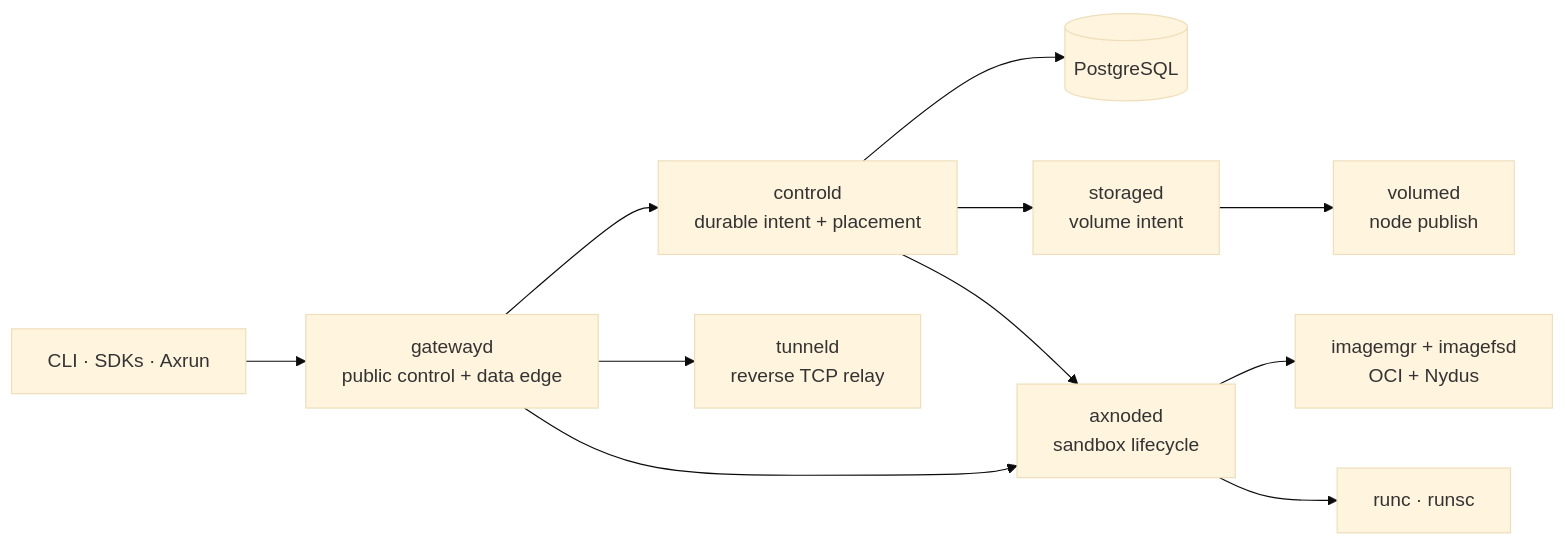
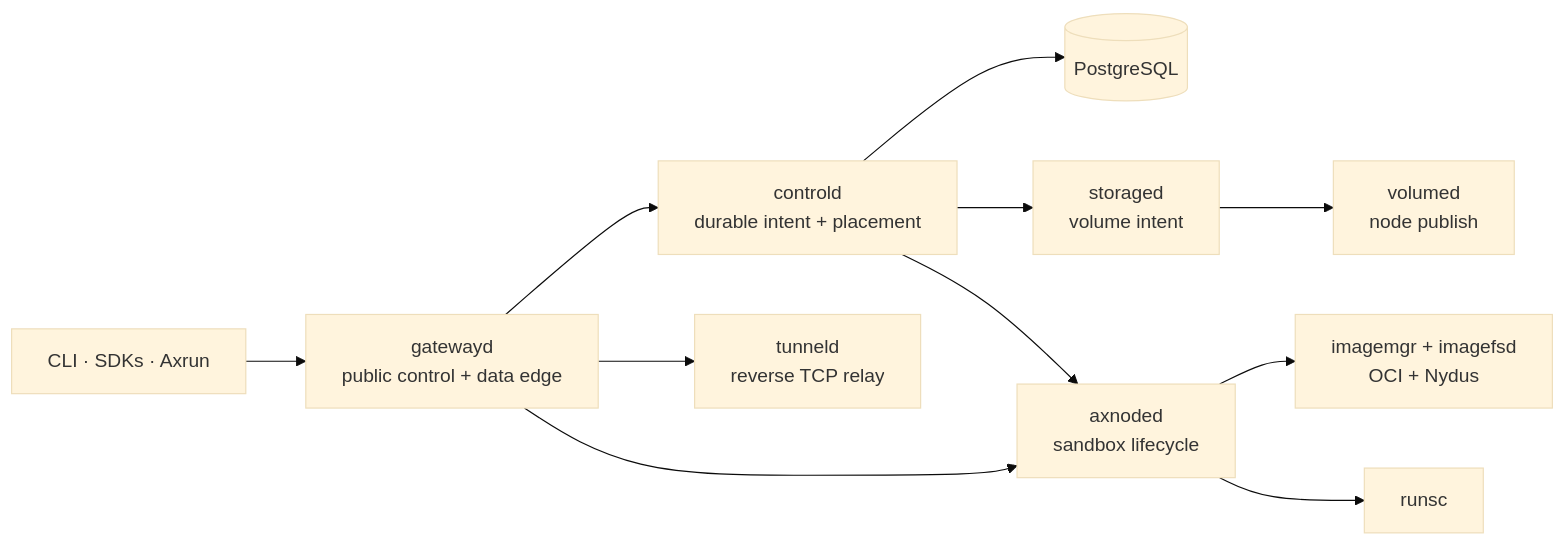
One commit to cofy-x/axern changed the diagram in apps/docs/src/content/docs/architecture/index.md. Above: the diagram before and after it, drawn with Mermaid (base theme). The commit also changed 50 other files, not shown here.

Commit message:
refactor(runtime): converge packaged nodes and product checks on runsc

````diff
--- a/apps/docs/src/content/docs/architecture/index.md
+++ b/apps/docs/src/content/docs/architecture/index.md
@@ -11,13 +11,13 @@
 ```mermaid
 flowchart LR
     Clients["CLI · SDKs · Axrun"] --> Gateway["gatewayd\npublic control + data edge"]
     Gateway --> Control["controld\ndurable intent + placement"]
     Control --> Postgres[(PostgreSQL)]
     Control --> Storage["storaged\nvolume intent"]
     Control --> Node["axnoded\nsandbox lifecycle"]
     Gateway --> Node
     Gateway --> Tunnel["tunneld\nreverse TCP relay"]
     Storage --> Volume["volumed\nnode publish"]
     Node --> Image["imagemgr + imagefsd\nOCI + Nydus"]
-    Node --> Runtime["runc · runsc"]
+    Node --> Runtime["runsc"]
 ```
````
